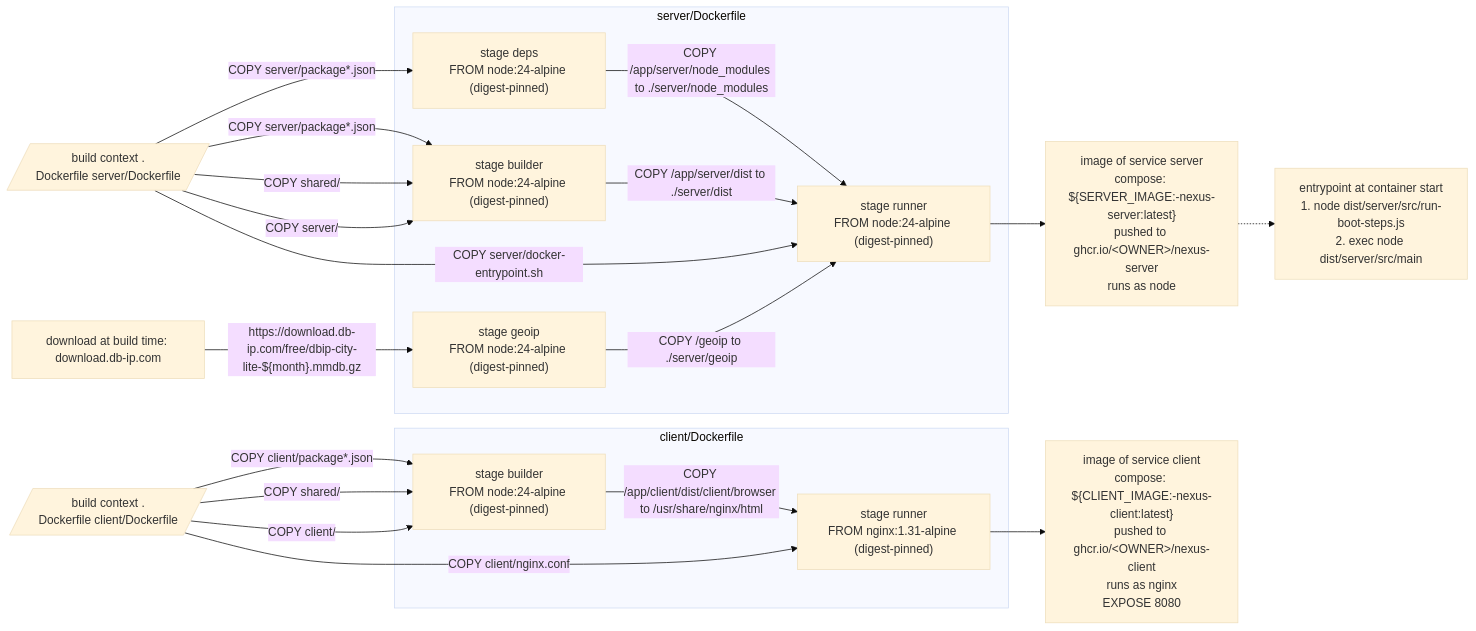
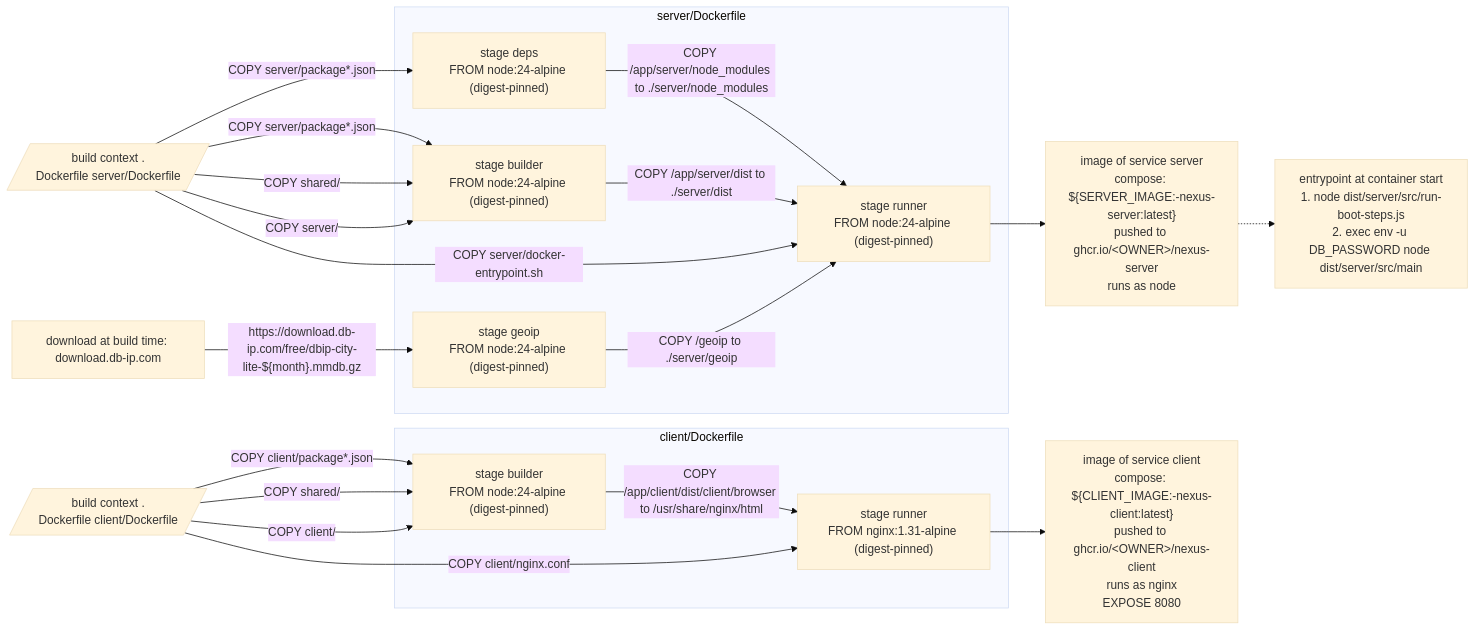
Before and after one commit to tauinbox/client-server-starter-app: the third of 5 diagrams in architecture/docker-graph.md, drawn with Mermaid (base theme). The commit also changed 46 other files, not shown here.

````diff
--- a/architecture/docker-graph.md
+++ b/architecture/docker-graph.md
@@ -122,36 +122,36 @@
 ```mermaid
 flowchart LR
   b_server_ctx[/"build context .<br/>Dockerfile server/Dockerfile"/]
   subgraph b_server["server/Dockerfile"]
     b_server_deps["stage deps<br/>FROM node:24-alpine (digest-pinned)"]
     b_server_builder["stage builder<br/>FROM node:24-alpine (digest-pinned)"]
     b_server_geoip["stage geoip<br/>FROM node:24-alpine (digest-pinned)"]
     b_server_runner["stage runner<br/>FROM node:24-alpine (digest-pinned)"]
   end
   b_server_ctx -->|"COPY server/package*.json"| b_server_deps
   b_server_ctx -->|"COPY server/package*.json"| b_server_builder
   b_server_ctx -->|"COPY shared/"| b_server_builder
   b_server_ctx -->|"COPY server/"| b_server_builder
   dl_download_db_ip_com["download at build time: download.db-ip.com"]
   dl_download_db_ip_com -->|"https://download.db-ip.com/free/dbip-city-lite-${month}.mmdb.gz"| b_server_geoip
   b_server_deps -->|"COPY /app/server/node_modules to ./server/node_modules"| b_server_runner
   b_server_builder -->|"COPY /app/server/dist to ./server/dist"| b_server_runner
   b_server_geoip -->|"COPY /geoip to ./server/geoip"| b_server_runner
   b_server_ctx -->|"COPY server/docker-entrypoint.sh"| b_server_runner
   b_server_image["image of service server<br/>compose: ${SERVER_IMAGE:-nexus-server:latest}<br/>pushed to ghcr.io/#lt;OWNER#gt;/nexus-server<br/>runs as node"]
   b_server_runner --> b_server_image
-  b_server_image_entry["entrypoint at container start<br/>1. node dist/server/src/run-boot-steps.js<br/>2. exec node dist/server/src/main"]
+  b_server_image_entry["entrypoint at container start<br/>1. node dist/server/src/run-boot-steps.js<br/>2. exec env -u DB_PASSWORD node dist/server/src/main"]
   b_server_image -.-> b_server_image_entry
   b_client_ctx[/"build context .<br/>Dockerfile client/Dockerfile"/]
   subgraph b_client["client/Dockerfile"]
     b_client_builder["stage builder<br/>FROM node:24-alpine (digest-pinned)"]
     b_client_runner["stage runner<br/>FROM nginx:1.31-alpine (digest-pinned)"]
   end
   b_client_ctx -->|"COPY client/package*.json"| b_client_builder
   b_client_ctx -->|"COPY shared/"| b_client_builder
   b_client_ctx -->|"COPY client/"| b_client_builder
   b_client_builder -->|"COPY /app/client/dist/client/browser to /usr/share/nginx/html"| b_client_runner
   b_client_ctx -->|"COPY client/nginx.conf"| b_client_runner
   b_client_image["image of service client<br/>compose: ${CLIENT_IMAGE:-nexus-client:latest}<br/>pushed to ghcr.io/#lt;OWNER#gt;/nexus-client<br/>runs as nginx<br/>EXPOSE 8080"]
   b_client_runner --> b_client_image
 ```
````
